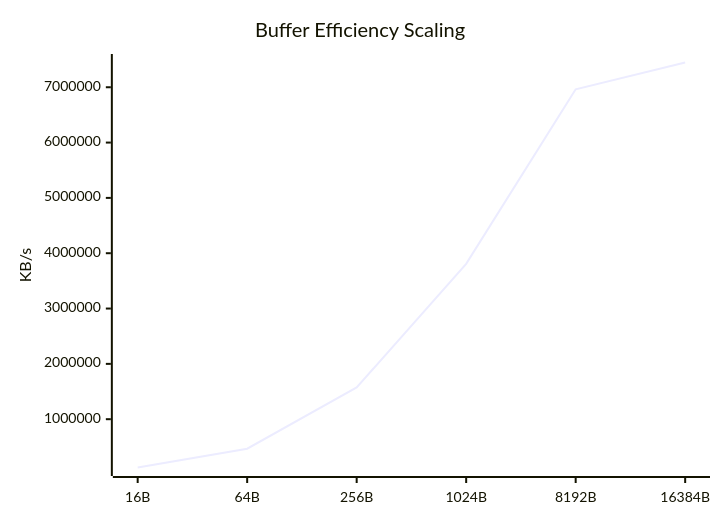
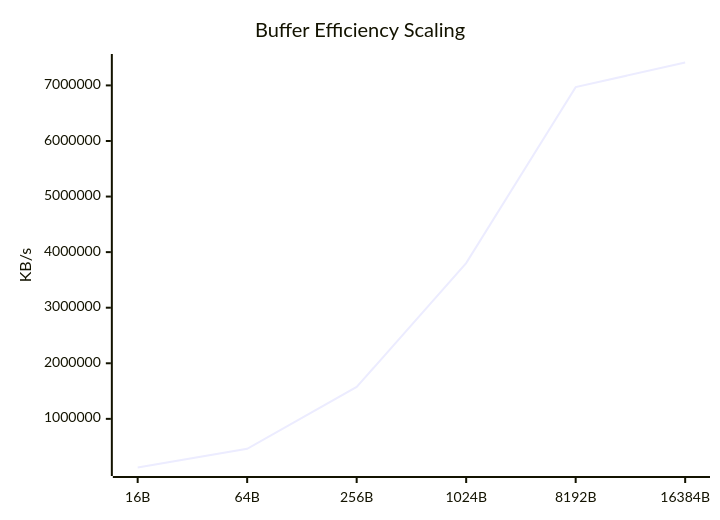
The fifth of 9 diagrams in docs/Comparison_Report.md (taha2samy/openssl_fips), drawn with Mermaid before and after one commit. The commit also changed other lines of this file and 2 other files, not shown here.

````diff
--- a/docs/Comparison_Report.md
+++ b/docs/Comparison_Report.md
@@ -94,7 +94,7 @@
 ```mermaid
 xychart-beta
     title "Buffer Efficiency Scaling"
     x-axis [16B, 64B, 256B, 1024B, 8192B, 16384B]
     y-axis "KB/s"
-    line [126819.91, 466261.38, 1574140.13, 3807294.36, 6963028.79, 7447301.32]
+    line [124660.03, 461396.38, 1573313.89, 3802683.9, 6968857.4, 7412128.15]
 ```
````
